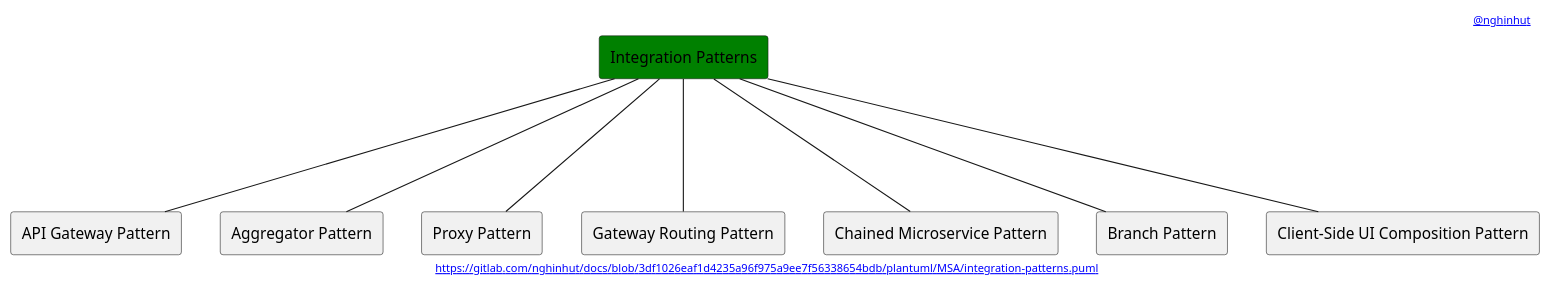
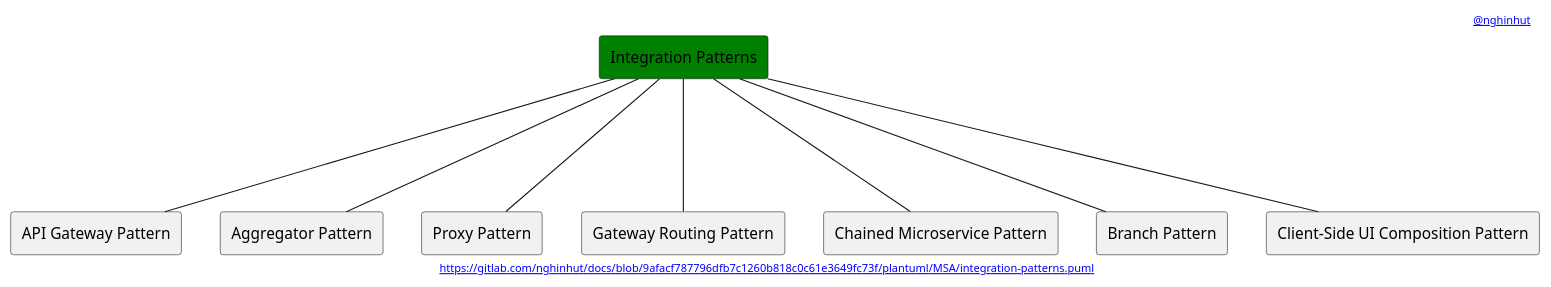
The diagram in plantuml/MSA/integration-patterns.puml (nghinhut/docs), drawn with PlantUML before and after one commit. The commit also changed 24 other files, not shown here.

Commit message:
docs(plantuml): update headers

```diff
--- a/plantuml/MSA/integration-patterns.puml
+++ b/plantuml/MSA/integration-patterns.puml
@@ -1,24 +1,24 @@
 @startuml
 '-----START auto generated metadata please keep comment here to allow auto update-----
 '-----DON'T EDIT THIS SECTION, INSTEAD RE-RUN prebuild.sh TO UPDATE-----
-header [[https://www.nghinhut.dev?from=http%5C%3A%5C%2F%5C%2Fwww%5C.plantuml%5C.com%5C%2Fplantuml%5C%2Fproxy%3Ffmt%3Dsvg%5C%26src%3Dhttps%5C%3A%5C%2F%5C%2Fgitlab%5C.com%5C%2Fnghinhut%5C%2Fdocs%5C%2Fraw%5C%2F3df1026eaf1d4235a96f975a9ee7f56338654bdb%5C%2Fplantuml%5C%2FMSA%5C%2Fintegration-patterns%5C.puml%0A @nghinhut]]
-footer [[http://www.plantuml.com/plantuml/proxy?fmt=svg&src=https://gitlab.com/nghinhut/docs/raw/3df1026eaf1d4235a96f975a9ee7f56338654bdb/plantuml/MSA/integration-patterns.puml https://gitlab.com/nghinhut/docs/blob/3df1026eaf1d4235a96f975a9ee7f56338654bdb/plantuml/MSA/integration-patterns.puml]]
+header [[https://www.nghinhut.dev?from=http%5C%3A%5C%2F%5C%2Fwww%5C.plantuml%5C.com%5C%2Fplantuml%5C%2Fproxy%3Ffmt%3Dsvg%5C%26src%3Dhttps%5C%3A%5C%2F%5C%2Fgitlab%5C.com%5C%2Fnghinhut%5C%2Fdocs%5C%2Fraw%5C%2F9afacf787796dfb7c1260b818c0c61e3649fc73f%5C%2Fplantuml%5C%2FMSA%5C%2Fintegration-patterns%5C.puml%0A @nghinhut]]
+footer [[http://www.plantuml.com/plantuml/proxy?fmt=svg&src=https://gitlab.com/nghinhut/docs/raw/9afacf787796dfb7c1260b818c0c61e3649fc73f/plantuml/MSA/integration-patterns.puml https://gitlab.com/nghinhut/docs/blob/9afacf787796dfb7c1260b818c0c61e3649fc73f/plantuml/MSA/integration-patterns.puml]]
 '-----END auto generated metadata please keep comment here to allow auto update-----
 
 rectangle "Integration Patterns" as Integration #green
 
 rectangle "API Gateway Pattern" as IntegrationP1
 rectangle "Aggregator Pattern" as IntegrationP2
 rectangle "Proxy Pattern" as IntegrationP3
 rectangle "Gateway Routing Pattern" as IntegrationP4
 rectangle "Chained Microservice Pattern" as IntegrationP5
 rectangle "Branch Pattern" as IntegrationP6
 rectangle "Client-Side UI Composition Pattern" as IntegrationP7
 Integration --- IntegrationP1
 Integration --- IntegrationP2
 Integration --- IntegrationP3
 Integration --- IntegrationP4
 Integration --- IntegrationP5
 Integration --- IntegrationP6
 Integration --- IntegrationP7
 @enduml
```
